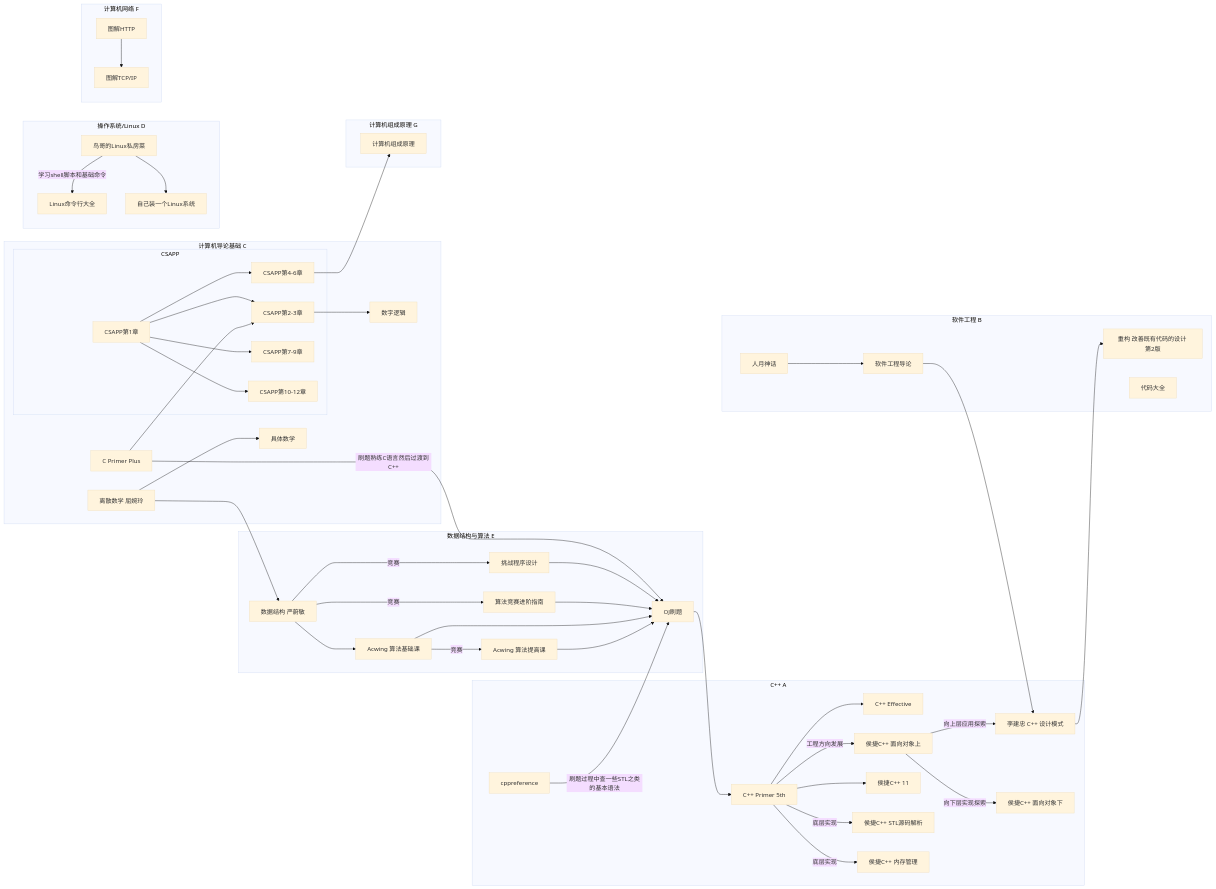
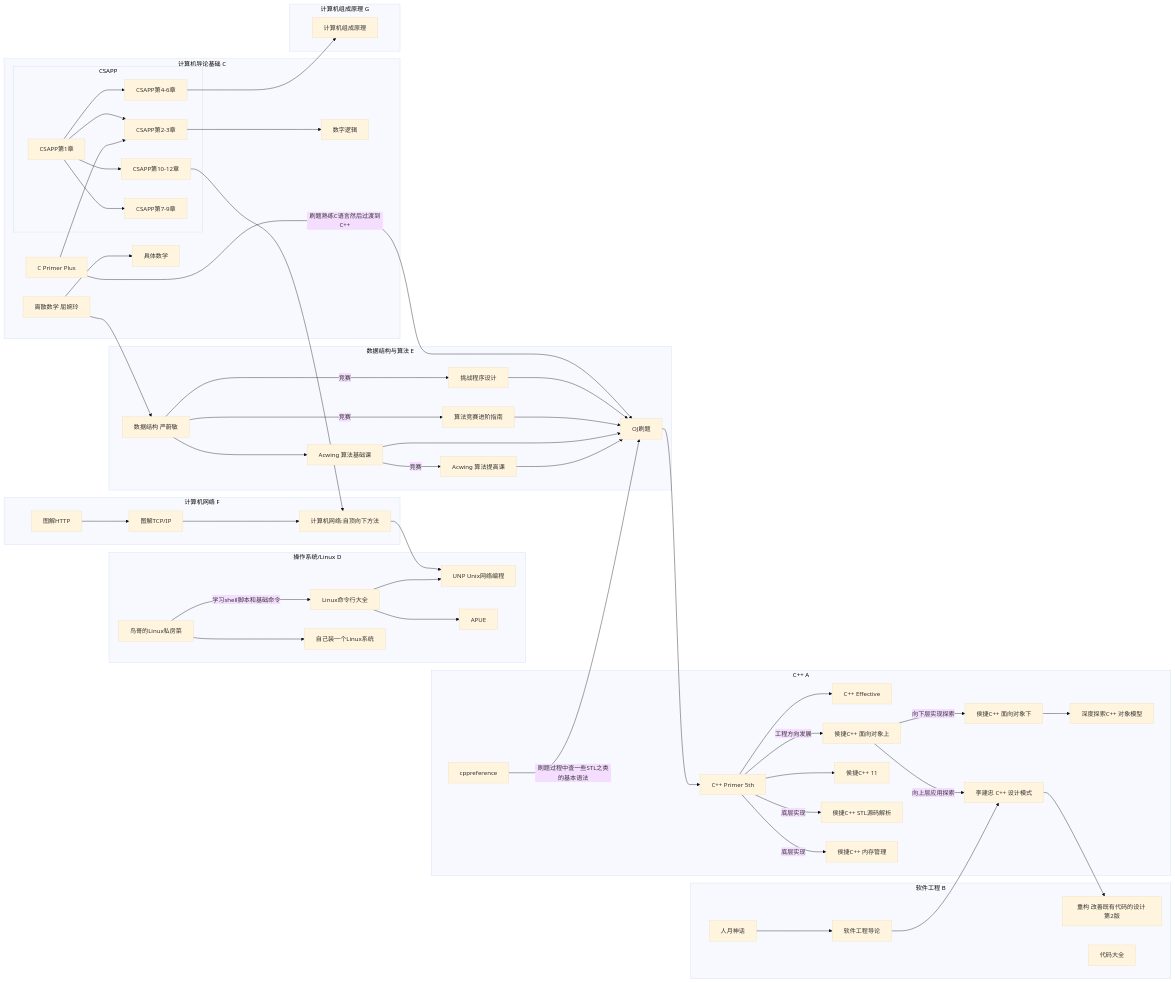
One commit to PokIsemaine/ohmyfish changed the diagram in docs/资源汇总/书籍课程.md. Above: the diagram before and after it, drawn with Mermaid (base theme). The commit also changed other lines of this file and 10 other files, not shown here.

````diff
--- a/docs/资源汇总/书籍课程.md
+++ b/docs/资源汇总/书籍课程.md
@@ -17,6 +16,10 @@
 
     idC03[离散数学 屈婉玲]-->idE03[数据结构 严蔚敏]
 	idC02c[CSAPP第4-6章]-->idG01[计算机组成原理]
+	idC02e[CSAPP第10-12章]-->idF03[计算机网络:自顶向下方法]
+	idF03[计算机网络:自顶向下方法]-->idD04[UNP Unix网络编程]
+	
+	
 	subgraph C++ A
 	idA01[C++ Primer 5th]
 	idA02[C++ Effective]
@@ -27,6 +30,7 @@
 	idA07[侯捷C++ STL源码解析]
 	idA08[侯捷C++ 内存管理]
 	idA09[cppreference]
+	idA0A[深度探索C++ 对象模型]
 	
 	idA01[C++ Primer 5th]-->idA02[C++ Effective]
 	idA01[C++ Primer 5th]--工程方向发展-->idA03[侯捷C++ 面向对象上]
@@ -35,6 +39,7 @@
 	idA01[C++ Primer 5th]-->idA06[侯捷C++ 11]
 	idA01[C++ Primer 5th]--底层实现-->idA07[侯捷C++ STL源码解析]
 	idA01[C++ Primer 5th]--底层实现-->idA08[侯捷C++ 内存管理]
+	idA05[侯捷C++ 面向对象下]-->idA0A[深度探索C++ 对象模型]
 
 
 	end
@@ -83,9 +88,13 @@
     idD01[鸟哥的Linux私房菜]
     idD02[Linux命令行大全]
     idD03[自己装一个Linux系统]
+    idD04[UNP Unix网络编程]
+    idD05[APUE]
     
     idD01[鸟哥的Linux私房菜]--学习shell脚本和基础命令-->idD02[Linux命令行大全]
     idD01[鸟哥的Linux私房菜]-->idD03[自己装一个Linux系统]
+    idD02[Linux命令行大全]-->idD04[UNP Unix网络编程]
+    idD02[Linux命令行大全]-->idD05[APUE]
     end
     
     subgraph 数据结构与算法 E
@@ -110,11 +119,16 @@
     subgraph 计算机网络 F
     idF01[图解HTTP]
     idF02[图解TCP/IP]
+    idF03[计算机网络:自顶向下方法]
     
     idF01[图解HTTP]-->idF02[图解TCP/IP]
+    idF02[图解TCP/IP]-->idF03[计算机网络:自顶向下方法]
+    
     end
     
     subgraph 计算机组成原理 G
     idG01[计算机组成原理]
+    
     end
+   
 ```
````
